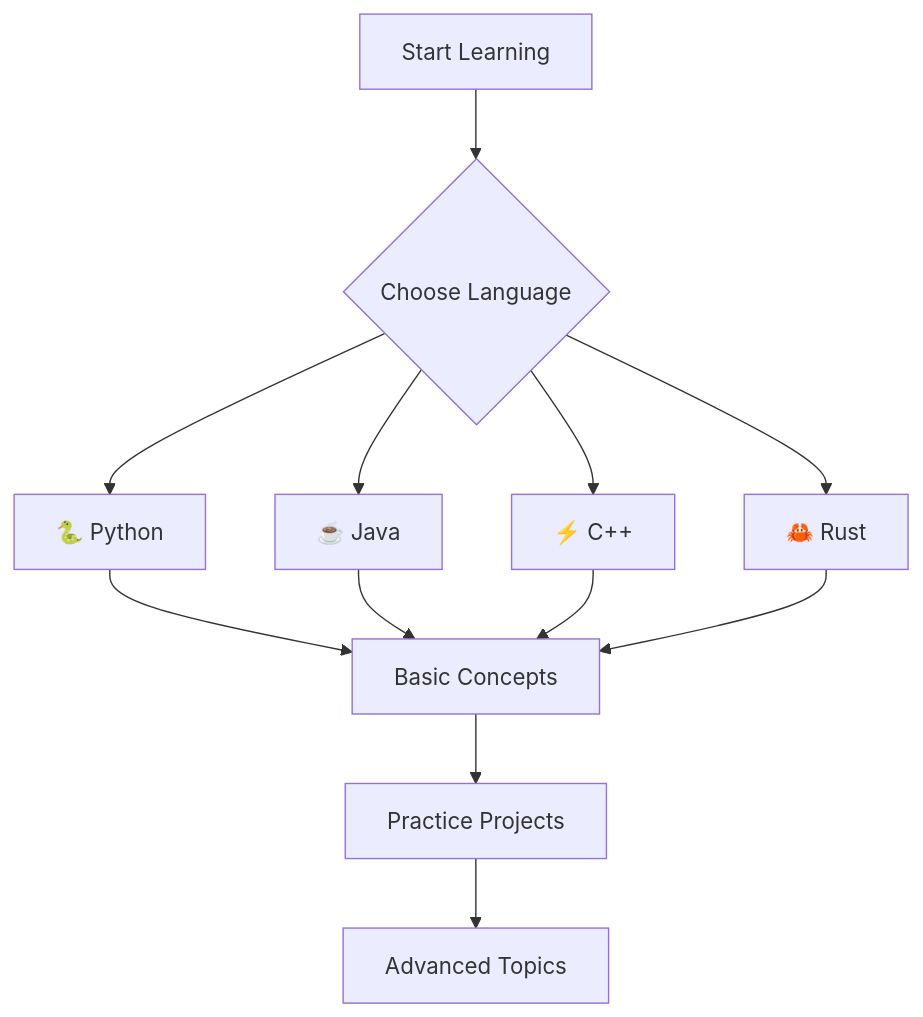
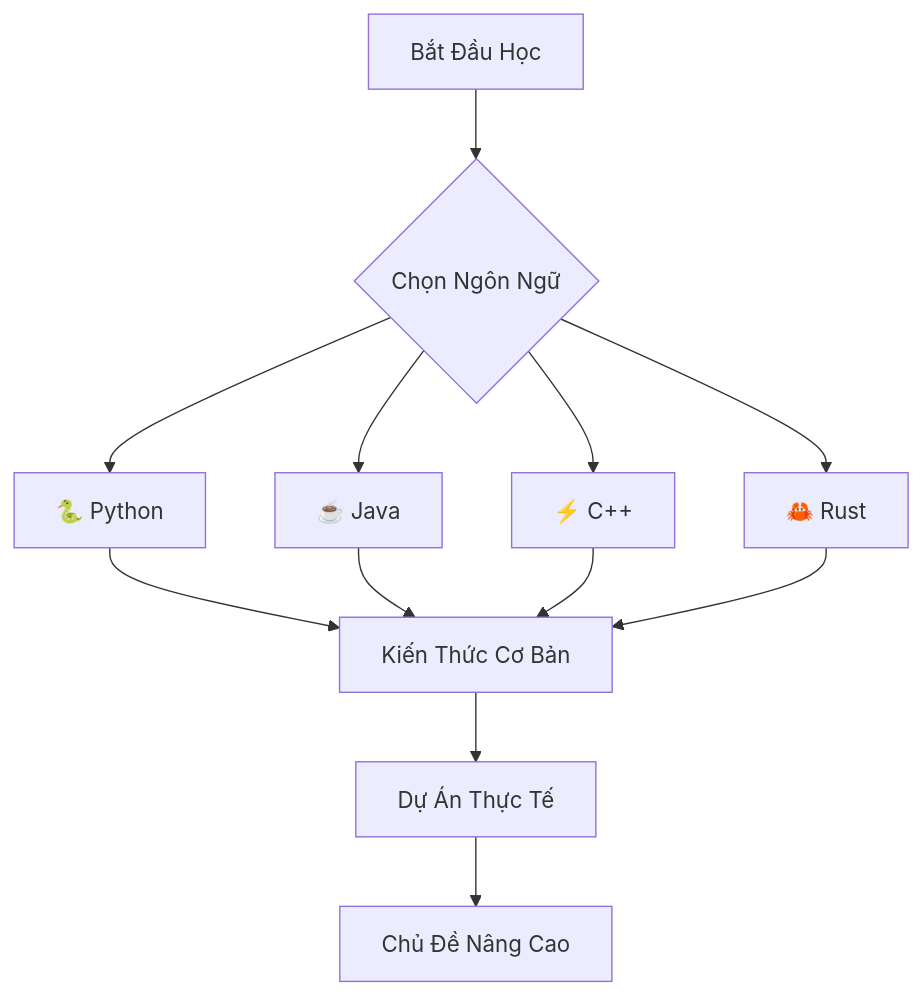
The diagram in AGENTS.md (behitek/beli5), drawn with Mermaid before and after one commit. The commit also changed other lines of this file and 3 other files, not shown here.

````diff
--- a/AGENTS.md
+++ b/AGENTS.md
@@ -175,14 +177,14 @@
 ```mermaid
 graph TD;
-    A[Start Learning] --> B{Choose Language};
+    A[Bắt Đầu Học] --> B{Chọn Ngôn Ngữ};
     B --> C[🐍 Python];
     B --> D[☕ Java];
     B --> E[⚡ C++];
     B --> F[🦀 Rust];
-    C --> G[Basic Concepts];
+    C --> G[Kiến Thức Cơ Bản];
     D --> G;
     E --> G;
     F --> G;
-    G --> H[Practice Projects];
-    H --> I[Advanced Topics];
+    G --> H[Dự Án Thực Tế];
+    H --> I[Chủ Đề Nâng Cao];
 ```
````
